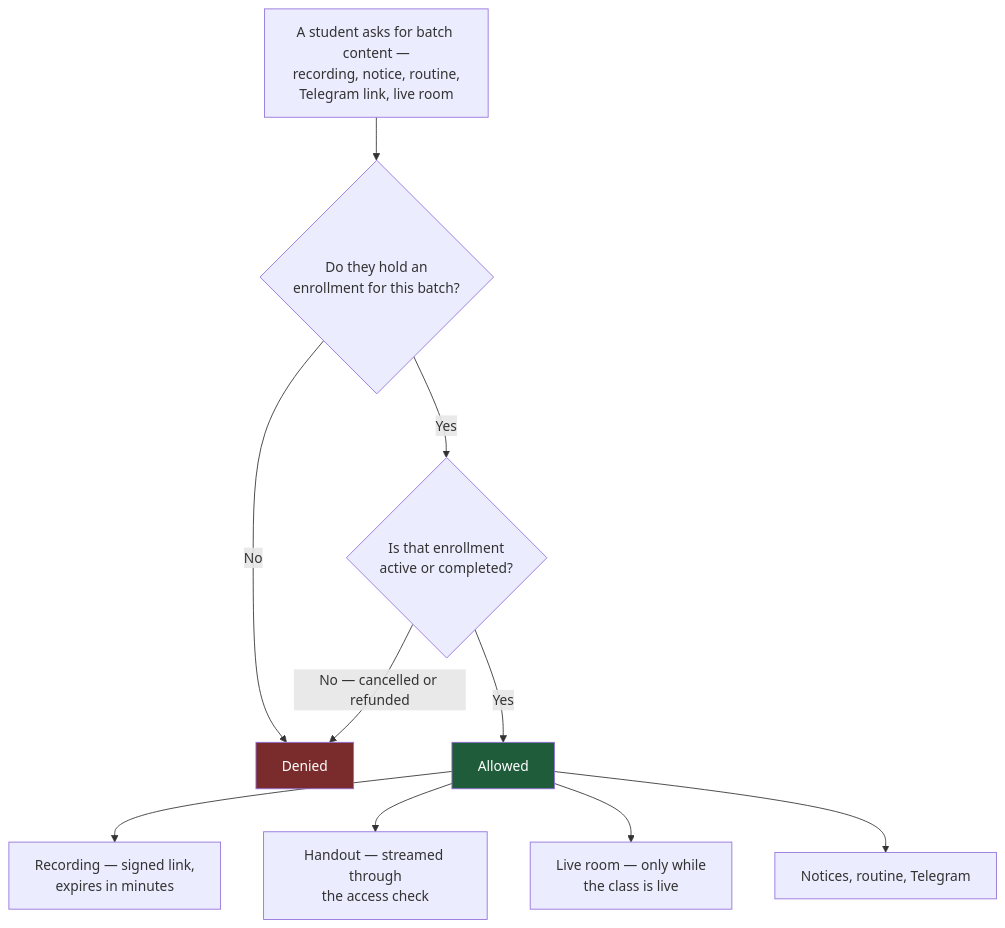
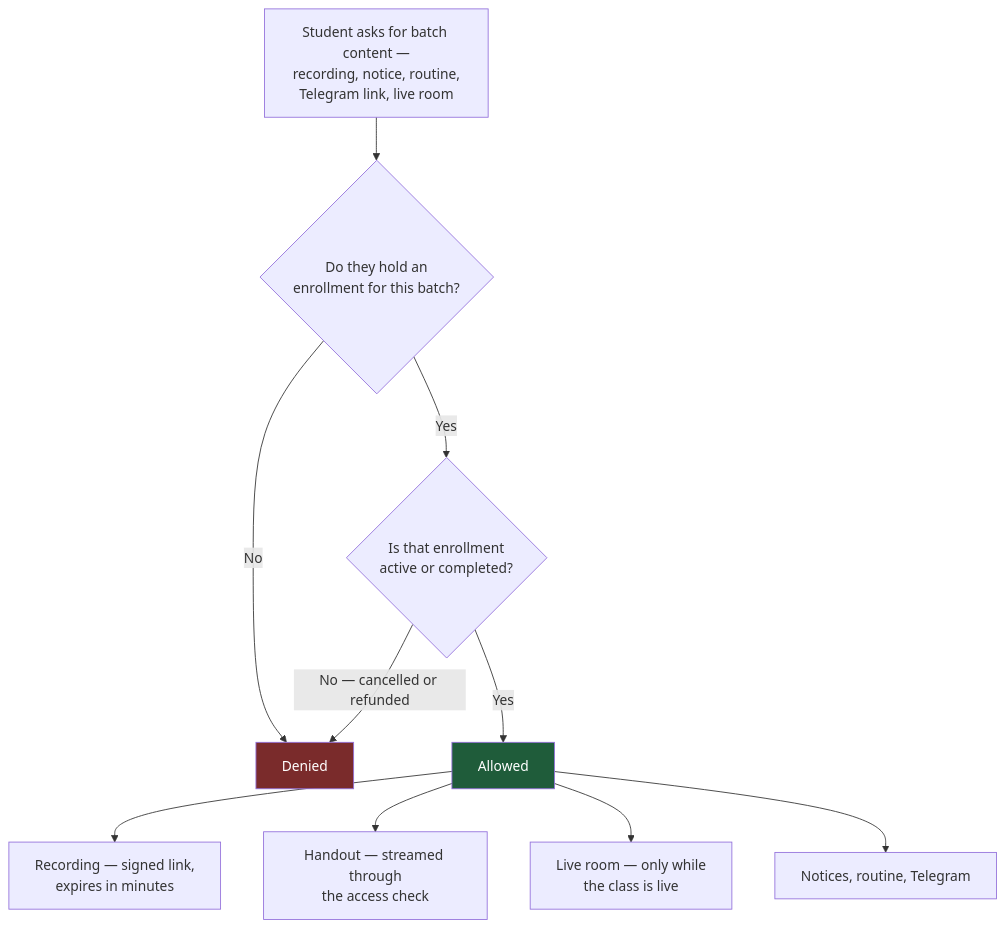
One commit to tdottahmed/tradingchart-planing changed the sixth of 7 diagrams in STUDENT_UX_ENHANCEMENT_PLAN.md. Above: the diagram before and after it, drawn with Mermaid. The commit also changed other lines of this file and 1 other file, not shown here.

Commit message:
add: Student ux inhancement planing

````diff
--- a/STUDENT_UX_ENHANCEMENT_PLAN.md
+++ b/STUDENT_UX_ENHANCEMENT_PLAN.md
@@ -609,16 +567,16 @@
 ```mermaid
 flowchart TD
-    A["A student asks for batch content —<br/>recording, notice, routine,<br/>Telegram link, live room"] --> B{"Do they hold an<br/>enrollment for this batch?"}
+    A["Student asks for batch content —<br/>recording, notice, routine,<br/>Telegram link, live room"] --> B{"Do they hold an<br/>enrollment for this batch?"}
     B -->|No| C["Denied"]
     B -->|Yes| D{"Is that enrollment<br/>active or completed?"}
     D -->|"No — cancelled or refunded"| C
     D -->|Yes| E["Allowed"]
 
     E --> F["Recording — signed link,<br/>expires in minutes"]
     E --> G["Handout — streamed through<br/>the access check"]
     E --> H["Live room — only while<br/>the class is live"]
     E --> I["Notices, routine, Telegram"]
 
     style C fill:#7a2b2b,color:#fff
     style E fill:#1f5c3a,color:#fff
 ```
````
